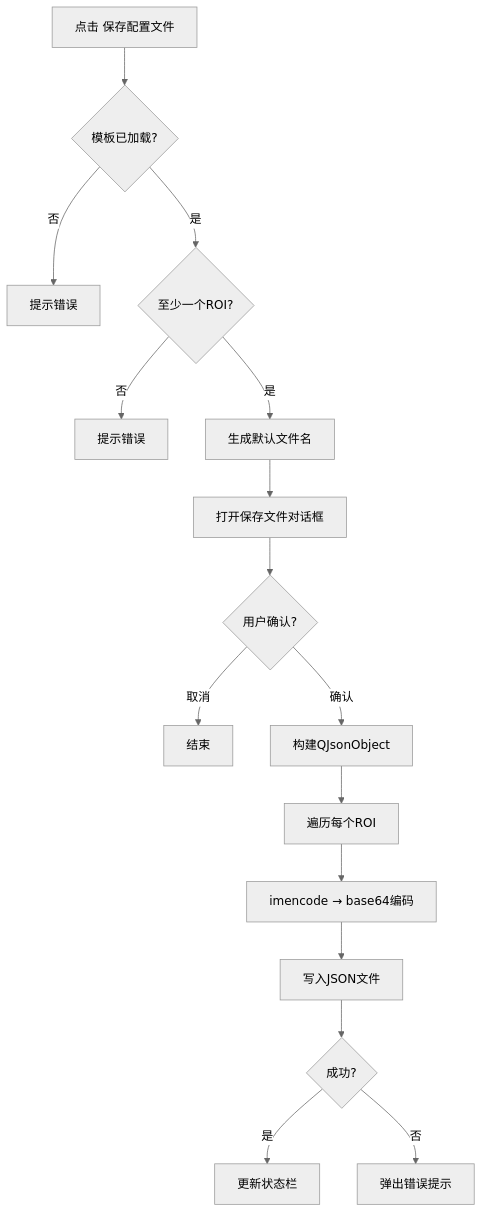
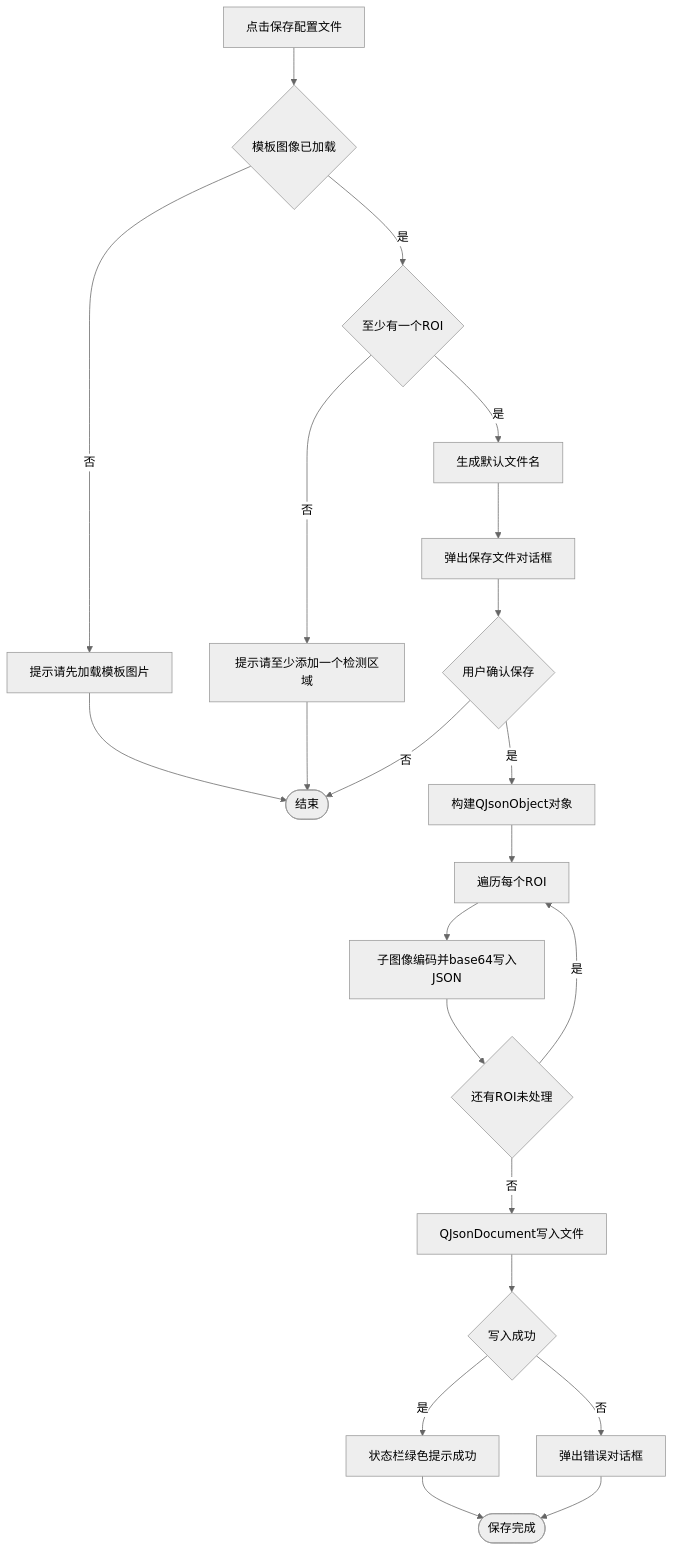
One commit to ggsmida1/CV_Project changed the fifth of 11 diagrams in docs/期末大作业报告.md. Above: the diagram before and after it, drawn with Mermaid (neutral theme). The commit also changed other lines of this file, not shown here.

````diff
--- a/docs/期末大作业报告.md
+++ b/docs/期末大作业报告.md
@@ -132,18 +278,24 @@
 ```mermaid
 graph TD
-    A[点击 保存配置文件] --> B{模板已加载?}
-    B -->|否| C[提示错误]
-    B -->|是| D{至少一个ROI?}
-    D -->|否| E[提示错误]
-    D -->|是| F[生成默认文件名]
-    F --> G[打开保存文件对话框]
-    G --> H{用户确认?}
-    H -->|取消| I[结束]
-    H -->|确认| J[构建QJsonObject]
-    J --> K[遍历每个ROI]
-    K --> L[imencode → base64编码]
-    L --> M[写入JSON文件]
-    M --> N{成功?}
-    N -->|是| O[更新状态栏]
-    N -->|否| P[弹出错误提示]
+    A[点击保存配置文件] --> B{模板图像已加载}
+    B -- 否 --> C[提示请先加载模板图片]
+    B -- 是 --> D{至少有一个ROI}
+    D -- 否 --> E[提示请至少添加一个检测区域]
+    E --> Z([结束])
+    C --> Z
+    D -- 是 --> F[生成默认文件名]
+    F --> G[弹出保存文件对话框]
+    G --> H{用户确认保存}
+    H -- 否 --> Z
+    H -- 是 --> I[构建QJsonObject对象]
+    I --> J[遍历每个ROI]
+    J --> K[子图像编码并base64写入JSON]
+    K --> L{还有ROI未处理}
+    L -- 是 --> J
+    L -- 否 --> M[QJsonDocument写入文件]
+    M --> N{写入成功}
+    N -- 是 --> O[状态栏绿色提示成功]
+    N -- 否 --> P[弹出错误对话框]
+    O --> Q([保存完成])
+    P --> Q
 ```
````
